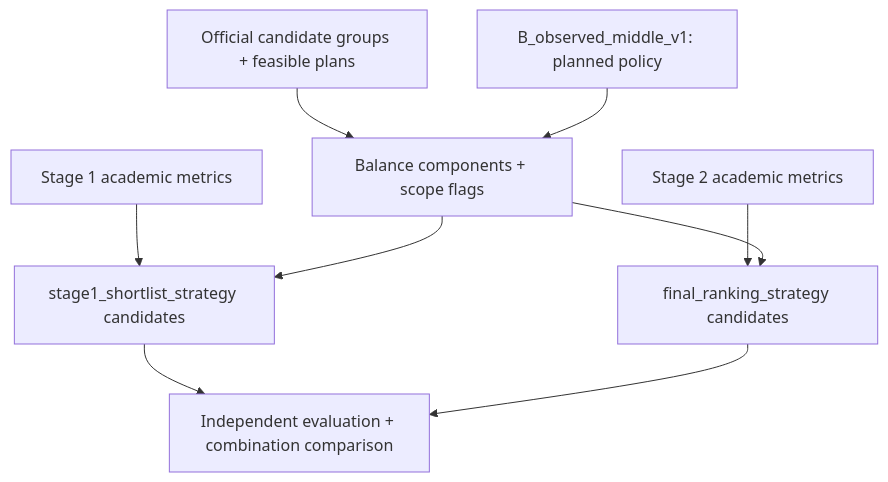
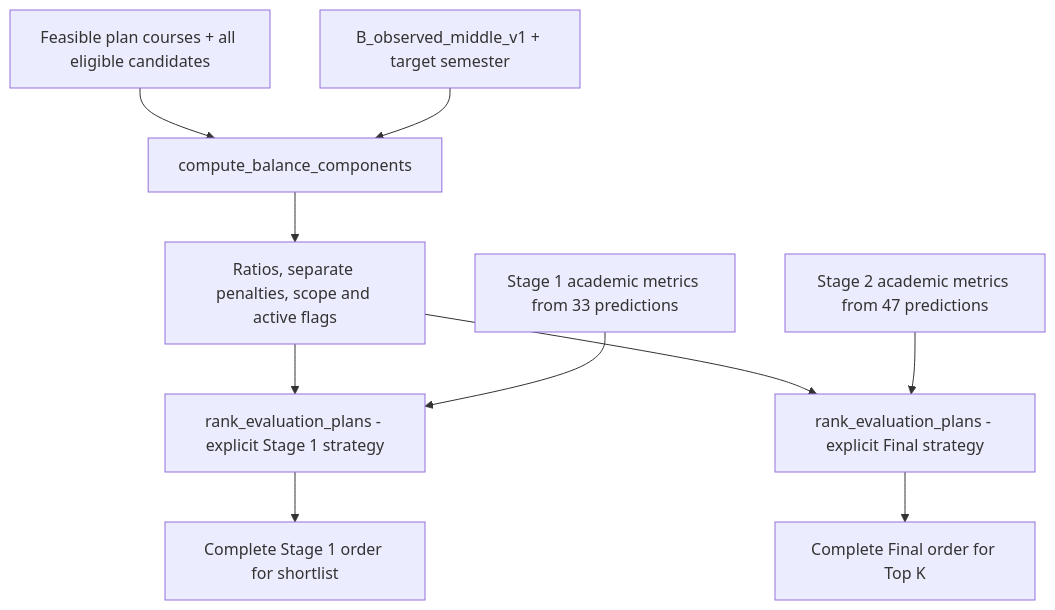
The diagram in plan_explanation/PHASE_04_BALANCE_METRICS_STRATEGIES.md (ShrkoXIII/Academic_Advisor_Simple), drawn with Mermaid before and after one commit. The commit also changed other lines of this file and 137 other files, not shown here.

````diff
--- a/plan_explanation/PHASE_04_BALANCE_METRICS_STRATEGIES.md
+++ b/plan_explanation/PHASE_04_BALANCE_METRICS_STRATEGIES.md
@@ -58,11 +63,12 @@
 ```mermaid
 flowchart TD
-    A["Official candidate groups + feasible plans"] --> B["Balance components + scope flags"]
-    P["B_observed_middle_v1: planned policy"] --> B
-    X["Stage 1 academic metrics"] --> S["stage1_shortlist_strategy candidates"]
-    Y["Stage 2 academic metrics"] --> F["final_ranking_strategy candidates"]
-    B --> S
-    B --> F
-    S --> E["Independent evaluation + combination comparison"]
-    F --> E
+    A["Feasible plan courses + all eligible candidates"] --> B["compute_balance_components"]
+    P["B_observed_middle_v1 + target semester"] --> B
+    B --> C["Ratios, separate penalties, scope and active flags"]
+    C --> S["rank_evaluation_plans - explicit Stage 1 strategy"]
+    C --> F["rank_evaluation_plans - explicit Final strategy"]
+    X["Stage 1 academic metrics from 33 predictions"] --> S
+    Y["Stage 2 academic metrics from 47 predictions"] --> F
+    S --> SO["Complete Stage 1 order for shortlist"]
+    F --> FO["Complete Final order for Top K"]
 ```
````
